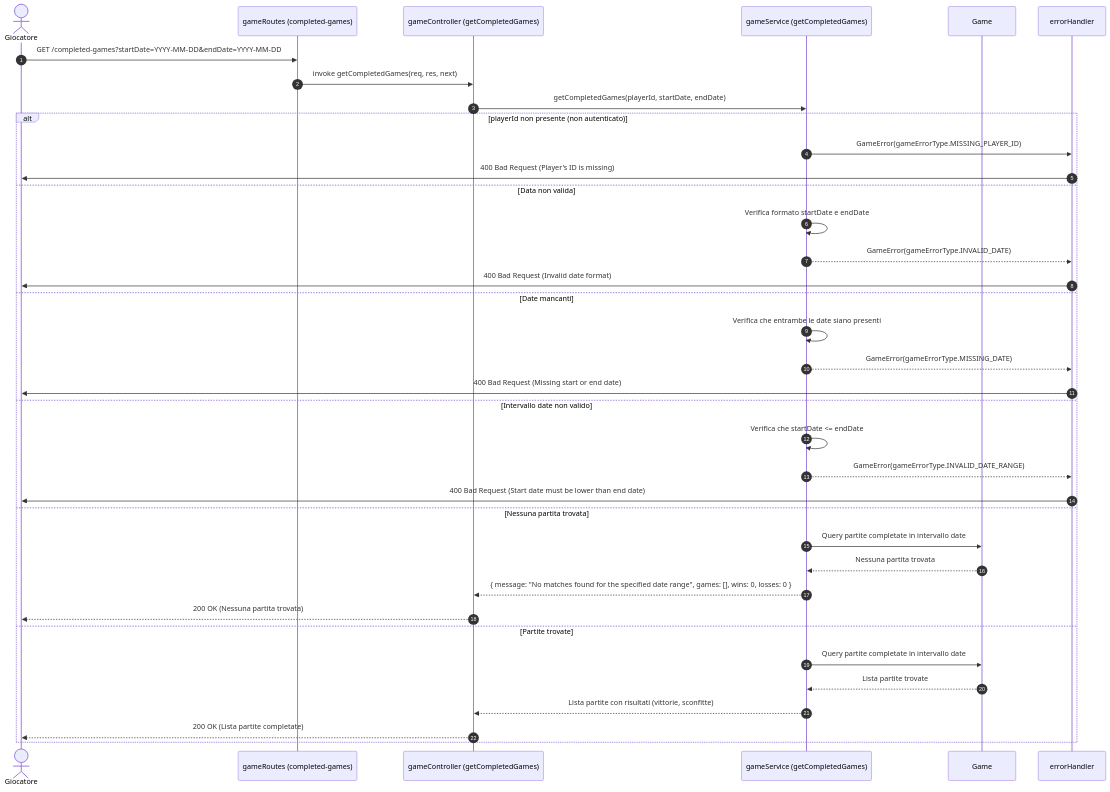
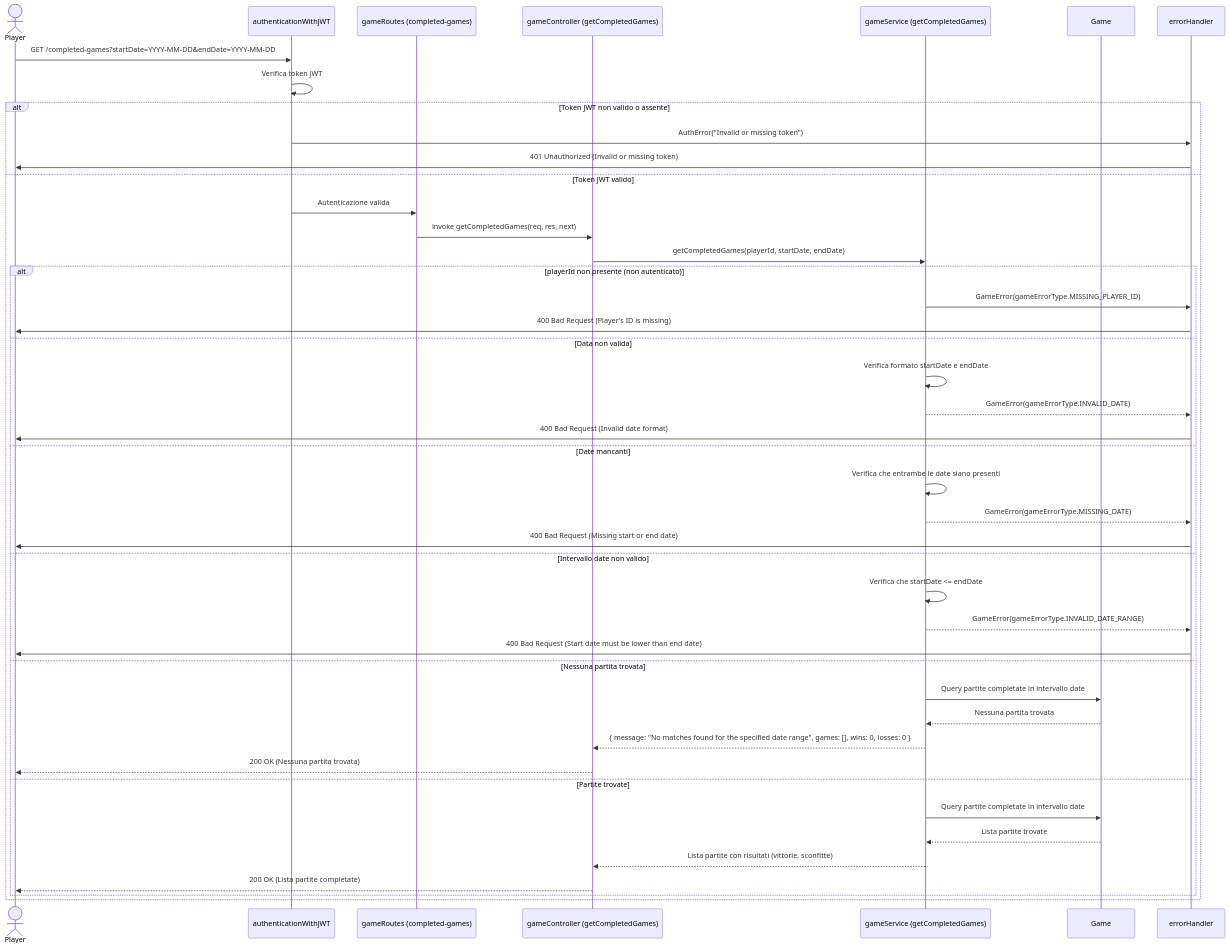
The seventh of 12 diagrams in README.md (AndreaMarini01/progetto_PA), drawn with Mermaid before and after one commit. The commit also changed other lines of this file, not shown here.

Commit message:
Revisione README fino a diagramma ER

````diff
--- a/README.md
+++ b/README.md
@@ -496,48 +508,56 @@
 ```mermaid
 sequenceDiagram
-    autonumber
-    actor Giocatore as Giocatore
+    actor Player as Player
+    participant JWTAuth as authenticationWithJWT
     participant Router as gameRoutes (completed-games)
     participant Controller as gameController (getCompletedGames)
     participant Service as gameService (getCompletedGames)
     participant Model as Game
     participant ErrorHandler as errorHandler
 
-    Giocatore ->> Router: GET /completed-games?startDate=YYYY-MM-DD&endDate=YYYY-MM-DD
-    Router ->> Controller: invoke getCompletedGames(req, res, next)
+    Player ->> JWTAuth: GET /completed-games?startDate=YYYY-MM-DD&endDate=YYYY-MM-DD
+    JWTAuth ->> JWTAuth: Verifica token JWT
+    alt Token JWT non valido o assente
+        JWTAuth ->> ErrorHandler: AuthError("Invalid or missing token")
+        ErrorHandler ->> Player: 401 Unauthorized (Invalid or missing token)
+    else Token JWT valido
+        JWTAuth ->> Router: Autenticazione valida
+        Router ->> Controller: invoke getCompletedGames(req, res, next)
 
-    Controller ->> Service: getCompletedGames(playerId, startDate, endDate)
+        Controller ->> Service: getCompletedGames(playerId, startDate, endDate)
 
-    alt playerId non presente (non autenticato)
-        Service ->> ErrorHandler: GameError(gameErrorType.MISSING_PLAYER_ID)
-        ErrorHandler ->> Giocatore: 400 Bad Request (Player's ID is missing)
-    
-    else Data non valida
-        Service ->> Service: Verifica formato startDate e endDate
-        Service -->> ErrorHandler: GameError(gameErrorType.INVALID_DATE)
-        ErrorHandler ->> Giocatore: 400 Bad Request (Invalid date format)
-    
-    else Date mancanti
-        Service ->> Service: Verifica che entrambe le date siano presenti
-        Service -->> ErrorHandler: GameError(gameErrorType.MISSING_DATE)
-        ErrorHandler ->> Giocatore: 400 Bad Request (Missing start or end date)
-    
-    else Intervallo date non valido
-        Service ->> Service: Verifica che startDate <= endDate
-        Service -->> ErrorHandler: GameError(gameErrorType.INVALID_DATE_RANGE)
-        ErrorHandler ->> Giocatore: 400 Bad Request (Start date must be lower than end date)
-    
-    else Nessuna partita trovata
-        Service ->> Model: Query partite completate in intervallo date
-        Model -->> Service: Nessuna partita trovata
-        Service -->> Controller: { message: "No matches found for the specified date range", games: [], wins: 0, losses: 0 }
-        Controller -->> Giocatore: 200 OK (Nessuna partita trovata)
-    
-    else Partite trovate
-        Service ->> Model: Query partite completate in intervallo date
-        Model -->> Service: Lista partite trovate
-        Service -->> Controller: Lista partite con risultati (vittorie, sconfitte)
-        Controller -->> Giocatore: 200 OK (Lista partite completate)
+        alt playerId non presente (non autenticato)
+            Service ->> ErrorHandler: GameError(gameErrorType.MISSING_PLAYER_ID)
+            ErrorHandler ->> Player: 400 Bad Request (Player's ID is missing)
+
+        else Data non valida
+            Service ->> Service: Verifica formato startDate e endDate
+            Service -->> ErrorHandler: GameError(gameErrorType.INVALID_DATE)
+            ErrorHandler ->> Player: 400 Bad Request (Invalid date format)
+
+        else Date mancanti
+            Service ->> Service: Verifica che entrambe le date siano presenti
+            Service -->> ErrorHandler: GameError(gameErrorType.MISSING_DATE)
+            ErrorHandler ->> Player: 400 Bad Request (Missing start or end date)
+
+        else Intervallo date non valido
+            Service ->> Service: Verifica che startDate <= endDate
+            Service -->> ErrorHandler: GameError(gameErrorType.INVALID_DATE_RANGE)
+            ErrorHandler ->> Player: 400 Bad Request (Start date must be lower than end date)
+
+        else Nessuna partita trovata
+            Service ->> Model: Query partite completate in intervallo date
+            Model -->> Service: Nessuna partita trovata
+            Service -->> Controller: { message: "No matches found for the specified date range", games: [], wins: 0, losses: 0 }
+            Controller -->> Player: 200 OK (Nessuna partita trovata)
+
+        else Partite trovate
+            Service ->> Model: Query partite completate in intervallo date
+            Model -->> Service: Lista partite trovate
+            Service -->> Controller: Lista partite con risultati (vittorie, sconfitte)
+            Controller -->> Player: 200 OK (Lista partite completate)
+        end
     end
 
+
 ```
````
